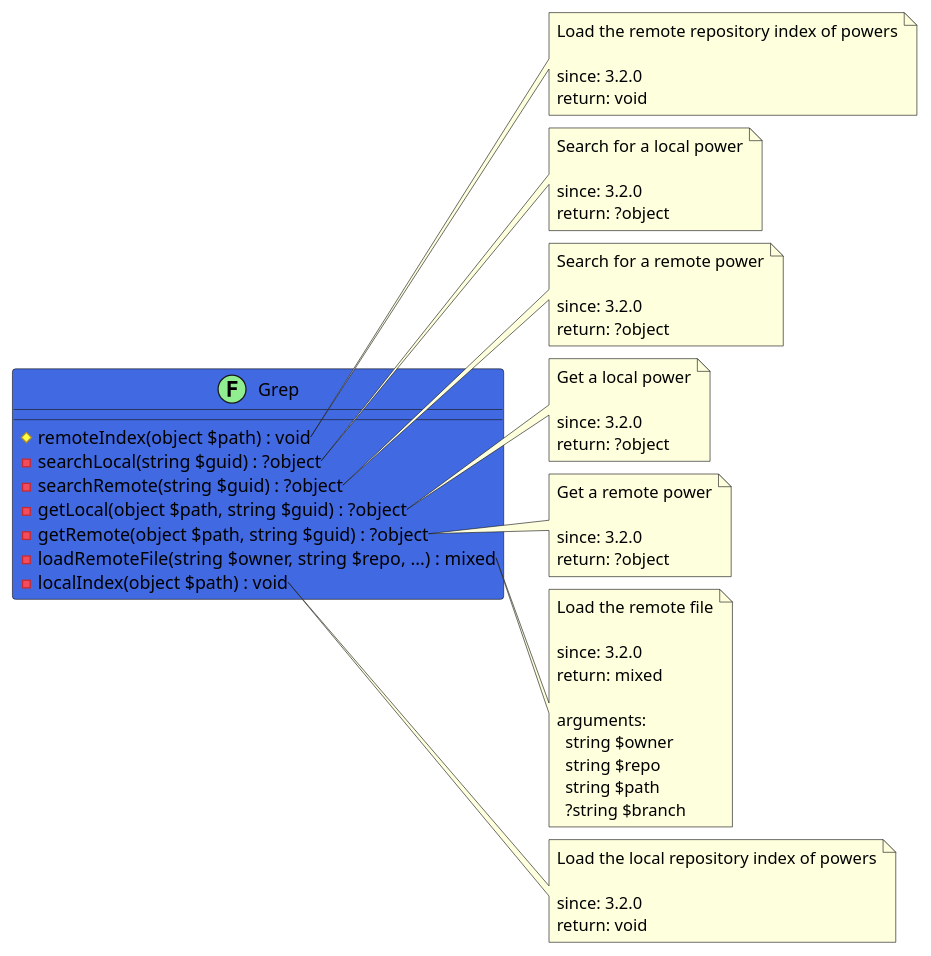
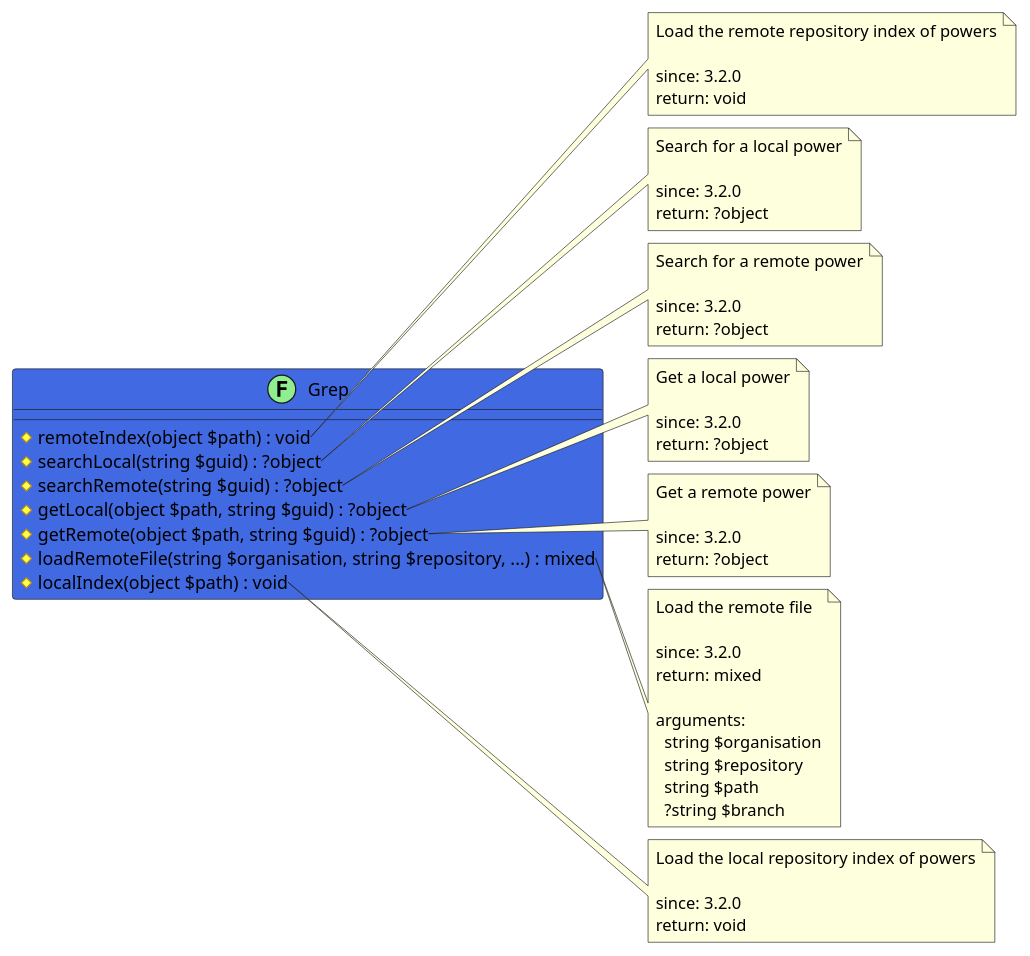
Before and after one commit to joomengine/jcb-compiler: the diagram in src/6784dd52-0909-451a-a872-9a942a023c68/README.md, drawn with PlantUML. The commit also changed 969 other files, not shown here.

````diff
--- a/src/6784dd52-0909-451a-a872-9a942a023c68/README.md
+++ b/src/6784dd52-0909-451a-a872-9a942a023c68/README.md
@@ -12,69 +12,69 @@
 ```uml
 @startuml
 class Grep << (F,LightGreen) >> #RoyalBlue {
   # remoteIndex(object $path) : void
-  - searchLocal(string $guid) : ?object
-  - searchRemote(string $guid) : ?object
-  - getLocal(object $path, string $guid) : ?object
-  - getRemote(object $path, string $guid) : ?object
-  - loadRemoteFile(string $owner, string $repo, ...) : mixed
-  - localIndex(object $path) : void
+  # searchLocal(string $guid) : ?object
+  # searchRemote(string $guid) : ?object
+  # getLocal(object $path, string $guid) : ?object
+  # getRemote(object $path, string $guid) : ?object
+  # loadRemoteFile(string $organisation, string $repository, ...) : mixed
+  # localIndex(object $path) : void
 }
 
 note right of Grep::remoteIndex
   Load the remote repository index of powers
 
   since: 3.2.0
   return: void
 end note
 
 note right of Grep::searchLocal
   Search for a local power
 
   since: 3.2.0
   return: ?object
 end note
 
 note right of Grep::searchRemote
   Search for a remote power
 
   since: 3.2.0
   return: ?object
 end note
 
 note right of Grep::getLocal
   Get a local power
 
   since: 3.2.0
   return: ?object
 end note
 
 note right of Grep::getRemote
   Get a remote power
 
   since: 3.2.0
   return: ?object
 end note
 
 note right of Grep::loadRemoteFile
   Load the remote file
 
   since: 3.2.0
   return: mixed
   
   arguments:
-    string $owner
-    string $repo
+    string $organisation
+    string $repository
     string $path
     ?string $branch
 end note
 
 note right of Grep::localIndex
   Load the local repository index of powers
 
   since: 3.2.0
   return: void
 end note
  
 @enduml
 ```
````
